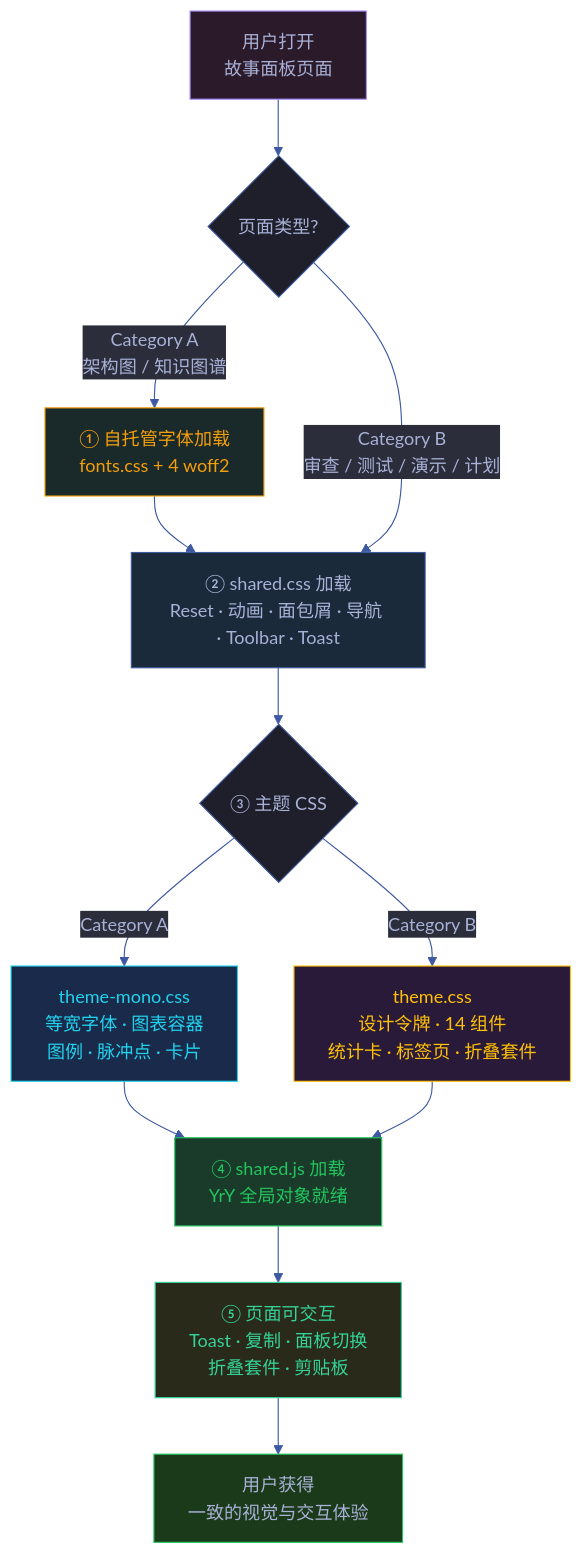
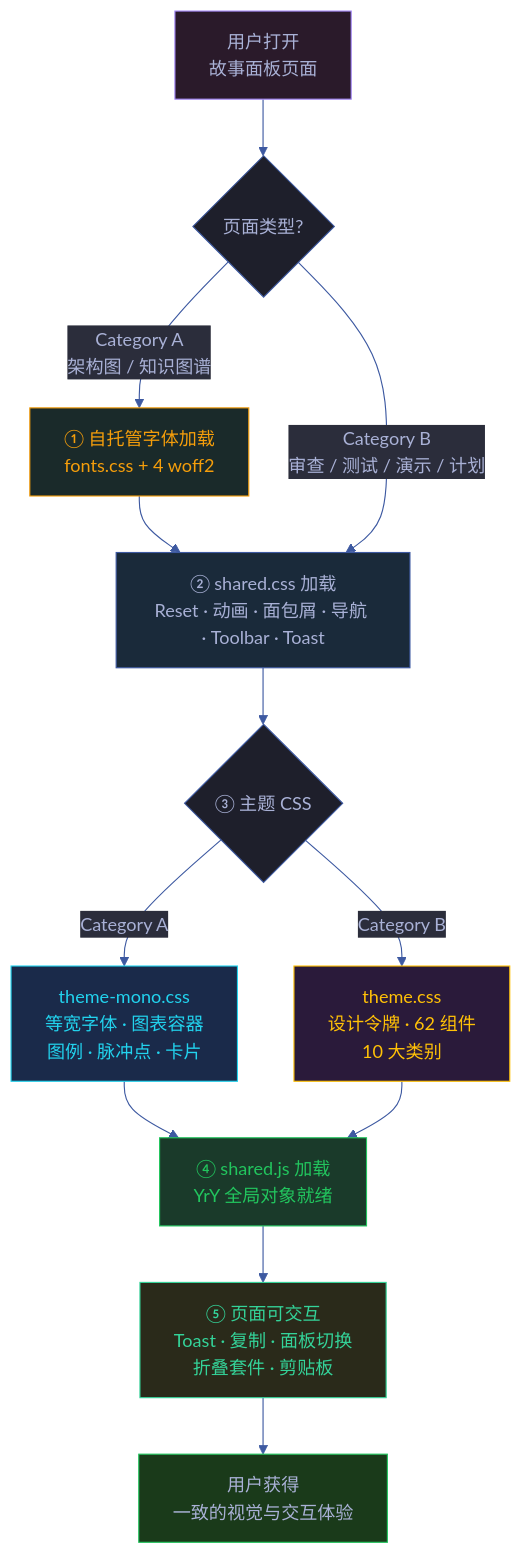
One commit to effiy/YrY changed the first of 3 diagrams in cdn/故事任务面板/cdn/场景-1-cdn资源加载与页面渲染/index.md. Above: the diagram before and after it, drawn with Mermaid. The commit also changed other lines of this file and 613 other files, not shown here.

````diff
--- a/cdn/故事任务面板/cdn/场景-1-cdn资源加载与页面渲染/index.md
+++ b/cdn/故事任务面板/cdn/场景-1-cdn资源加载与页面渲染/index.md
@@ -10,31 +10,31 @@
 ```mermaid
 %%{init: {'theme': 'base', 'themeVariables': {
   'primaryColor': '#1e1f2b',
   'primaryTextColor': '#a9b1d6',
   'primaryBorderColor': '#3d59a1',
   'lineColor': '#3d59a1',
   'secondaryColor': '#2b2d3b',
   'tertiaryColor': '#21232f'
 }}}%%
 flowchart TD
     ENTRY["用户打开<br/>故事面板页面"]:::user --> TYPE{"页面类型?"}
     TYPE -->|"Category A<br/>架构图 / 知识图谱"| CAT_A["① 自托管字体加载<br/>fonts.css + 4 woff2"]:::ext
     CAT_A --> SHARED_CSS["② shared.css 加载<br/>Reset · 动画 · 面包屑 · 导航 · Toolbar · Toast"]:::base
     TYPE -->|"Category B<br/>审查 / 测试 / 演示 / 计划"| SHARED_CSS
     SHARED_CSS --> THEME{"③ 主题 CSS"}
     THEME -->|"Category A"| MONO["theme-mono.css<br/>等宽字体 · 图表容器<br/>图例 · 脉冲点 · 卡片"]:::mono
-    THEME -->|"Category B"| SYSTEM["theme.css<br/>设计令牌 · 14 组件<br/>统计卡 · 标签页 · 折叠套件"]:::sys
+    THEME -->|"Category B"| SYSTEM["theme.css<br/>设计令牌 · 62 组件<br/>10 大类别"]:::sys
     MONO --> JS["④ shared.js 加载<br/>YrY 全局对象就绪"]:::js
     SYSTEM --> JS
     JS --> INTERACTIVE["⑤ 页面可交互<br/>Toast · 复制 · 面板切换<br/>折叠套件 · 剪贴板"]:::ready
     INTERACTIVE --> DONE["用户获得<br/>一致的视觉与交互体验"]:::goal
 
     classDef user fill:#2a1a2a,stroke:#a78bfa,color:#a9b1d6
     classDef ext fill:#1a2a2a,stroke:#f59e0b,color:#f59e0b
     classDef base fill:#1a2a3a,stroke:#3d59a1,color:#a9b1d6
     classDef mono fill:#1a2a4a,stroke:#22d3ee,color:#22d3ee
     classDef sys fill:#2a1a3a,stroke:#FFC107,color:#FFC107
     classDef js fill:#1a3a2a,stroke:#22c55e,color:#22c55e
     classDef ready fill:#2a2a1a,stroke:#34d399,color:#34d399
     classDef goal fill:#1a3a1a,stroke:#22c55e,color:#a9b1d6
 ```
````
